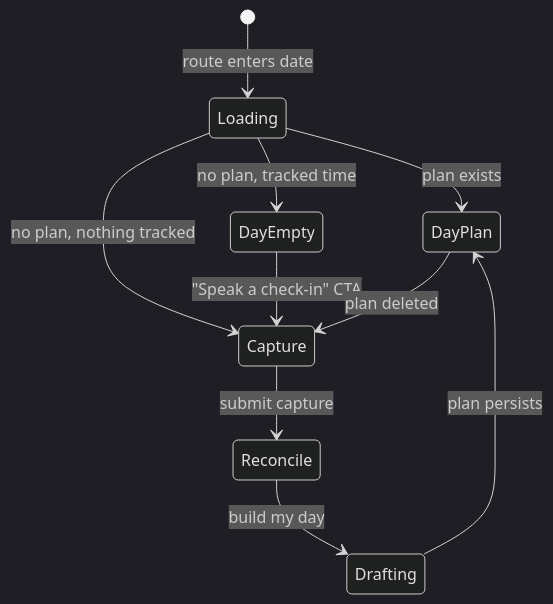
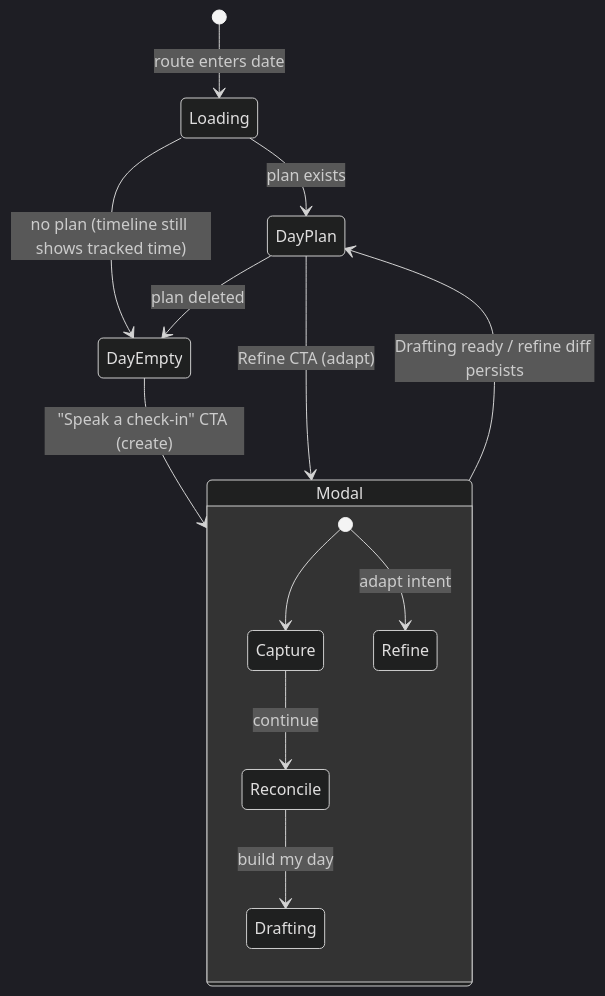
The second of 4 diagrams in lib/features/daily_os_next/README.md (matthiasn/lotti), drawn with Mermaid (dark theme) before and after one commit. The commit also changed other lines of this file and 15 other files, not shown here.

````diff
--- a/lib/features/daily_os_next/README.md
+++ b/lib/features/daily_os_next/README.md
@@ -104,12 +113,16 @@
 ```mermaid
 stateDiagram-v2
   [*] --> Loading: route enters date
   Loading --> DayPlan: plan exists
-  Loading --> DayEmpty: no plan, tracked time
-  Loading --> Capture: no plan, nothing tracked
-  DayEmpty --> Capture: "Speak a check-in" CTA
-  Capture --> Reconcile: submit capture
-  Reconcile --> Drafting: build my day
-  Drafting --> DayPlan: plan persists
-  DayPlan --> Capture: plan deleted
+  Loading --> DayEmpty: no plan (timeline still shows tracked time)
+  DayEmpty --> Modal: "Speak a check-in" CTA (create)
+  DayPlan --> Modal: Refine CTA (adapt)
+  state Modal {
+    [*] --> Capture
+    Capture --> Reconcile: continue
+    Reconcile --> Drafting: build my day
+    [*] --> Refine: adapt intent
+  }
+  Modal --> DayPlan: Drafting ready / refine diff persists
+  DayPlan --> DayEmpty: plan deleted
 ```
````
